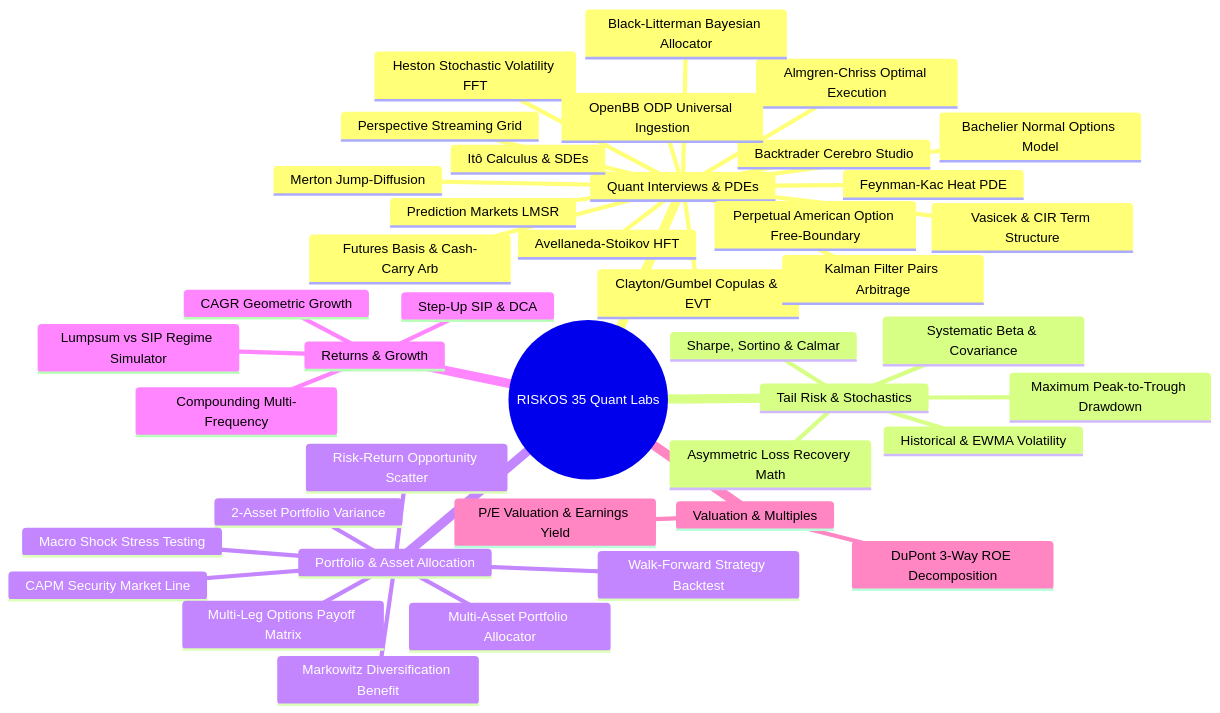
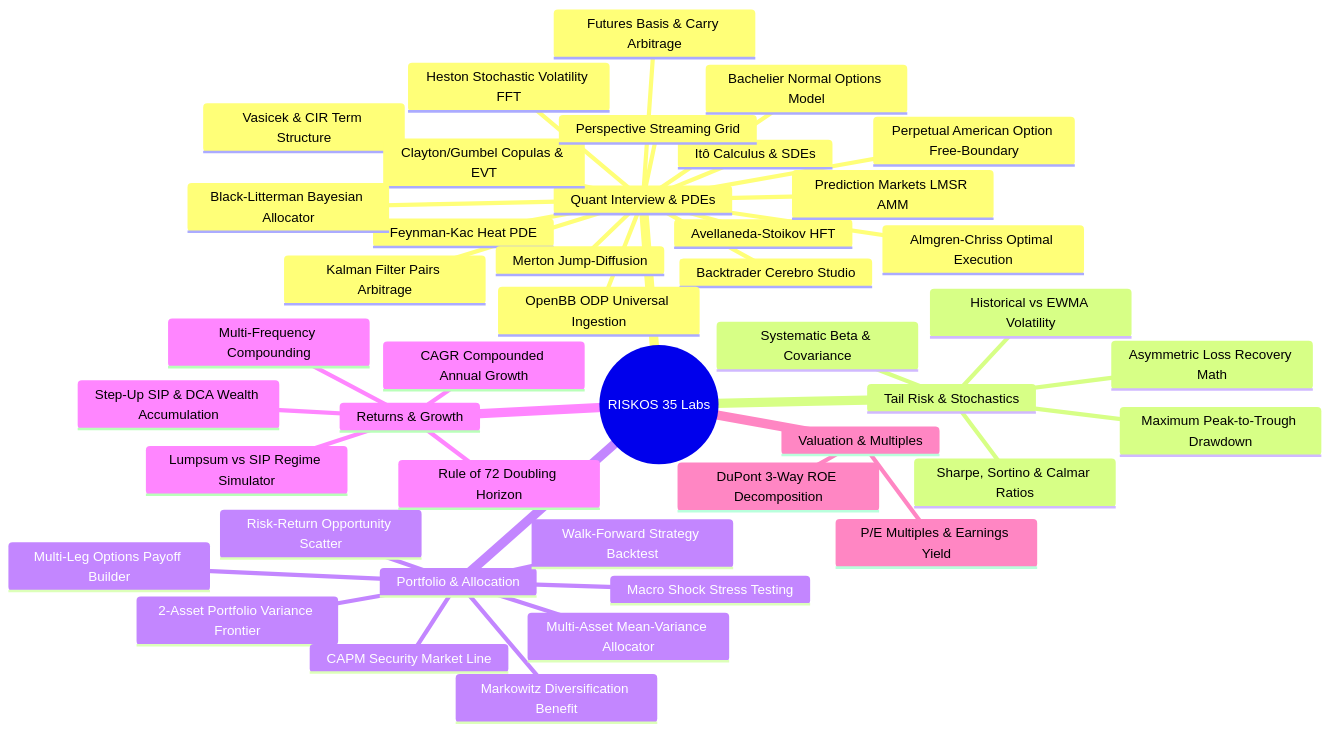
The ninth of 15 diagrams in README.md (Premchandyadav369/RISKOS), drawn with Mermaid before and after one commit. The commit also changed other lines of this file, not shown here.

Commit message:
docs(readme): expand comprehensive documentation with intuitive layman analogies, closed-form quantitative proofs, and detailed workflow diagrams across all 7 desks and 35 labs

````diff
--- a/README.md
+++ b/README.md
@@ -85,45 +389,46 @@
 ```mermaid
 mindmap
-  root((RISKOS 35 Quant Labs))
-    Quant Interviews & PDEs
+  root((RISKOS 35 Labs))
+    Quant Interview & PDEs
       Itô Calculus & SDEs
       Feynman-Kac Heat PDE
       Heston Stochastic Volatility FFT
       Vasicek & CIR Term Structure
       Avellaneda-Stoikov HFT
       Clayton/Gumbel Copulas & EVT
       Merton Jump-Diffusion
       Almgren-Chriss Optimal Execution
       Kalman Filter Pairs Arbitrage
       Black-Litterman Bayesian Allocator
       Perpetual American Option Free-Boundary
       Bachelier Normal Options Model
-      Prediction Markets LMSR
-      Futures Basis & Cash-Carry Arb
+      Prediction Markets LMSR AMM
+      Futures Basis & Carry Arbitrage
       Backtrader Cerebro Studio
       OpenBB ODP Universal Ingestion
       Perspective Streaming Grid
     Tail Risk & Stochastics
-      Historical & EWMA Volatility
+      Historical vs EWMA Volatility
       Systematic Beta & Covariance
-      Sharpe, Sortino & Calmar
+      Sharpe, Sortino & Calmar Ratios
       Maximum Peak-to-Trough Drawdown
       Asymmetric Loss Recovery Math
-    Portfolio & Asset Allocation
+    Portfolio & Allocation
       Markowitz Diversification Benefit
-      2-Asset Portfolio Variance
+      2-Asset Portfolio Variance Frontier
       CAPM Security Market Line
-      Multi-Asset Portfolio Allocator
+      Multi-Asset Mean-Variance Allocator
       Risk-Return Opportunity Scatter
       Macro Shock Stress Testing
-      Multi-Leg Options Payoff Matrix
+      Multi-Leg Options Payoff Builder
       Walk-Forward Strategy Backtest
     Returns & Growth
-      CAGR Geometric Growth
-      Compounding Multi-Frequency
-      Step-Up SIP & DCA
+      CAGR Compounded Annual Growth
+      Multi-Frequency Compounding
+      Step-Up SIP & DCA Wealth Accumulation
       Lumpsum vs SIP Regime Simulator
+      Rule of 72 Doubling Horizon
     Valuation & Multiples
-      P/E Valuation & Earnings Yield
+      P/E Multiples & Earnings Yield
       DuPont 3-Way ROE Decomposition
 ```
````
